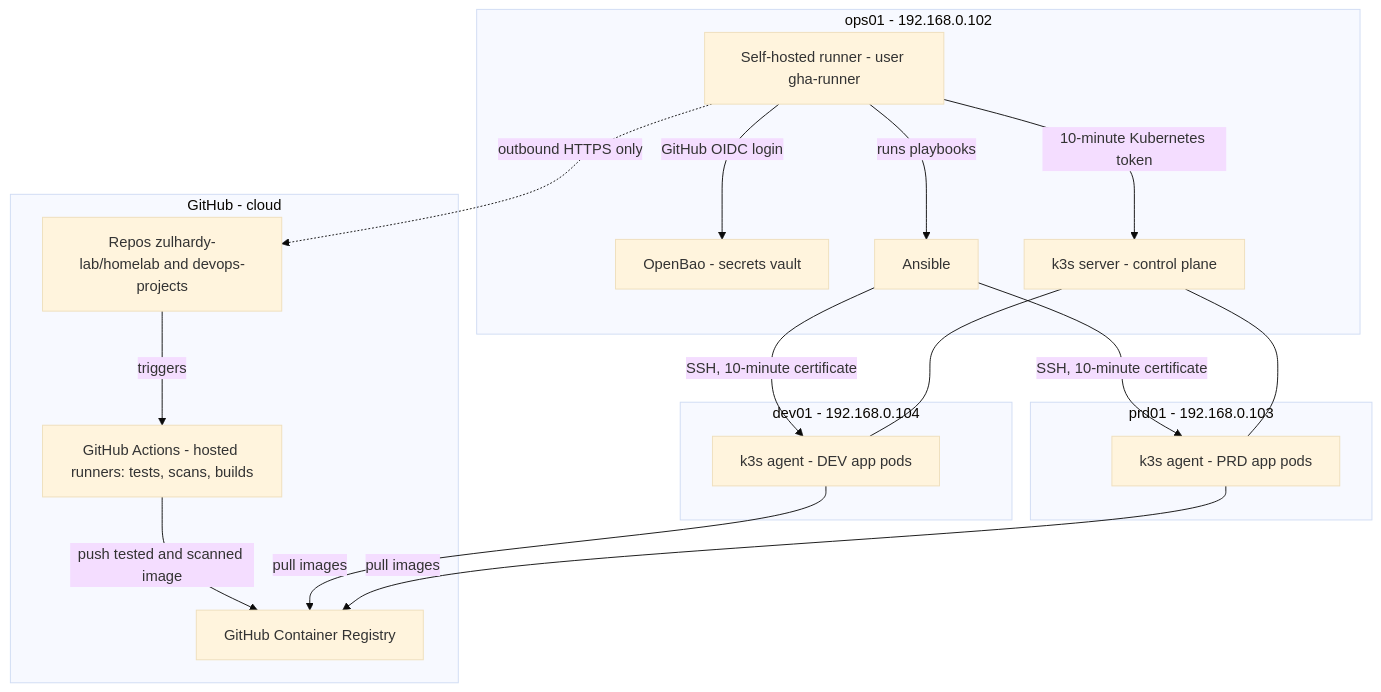
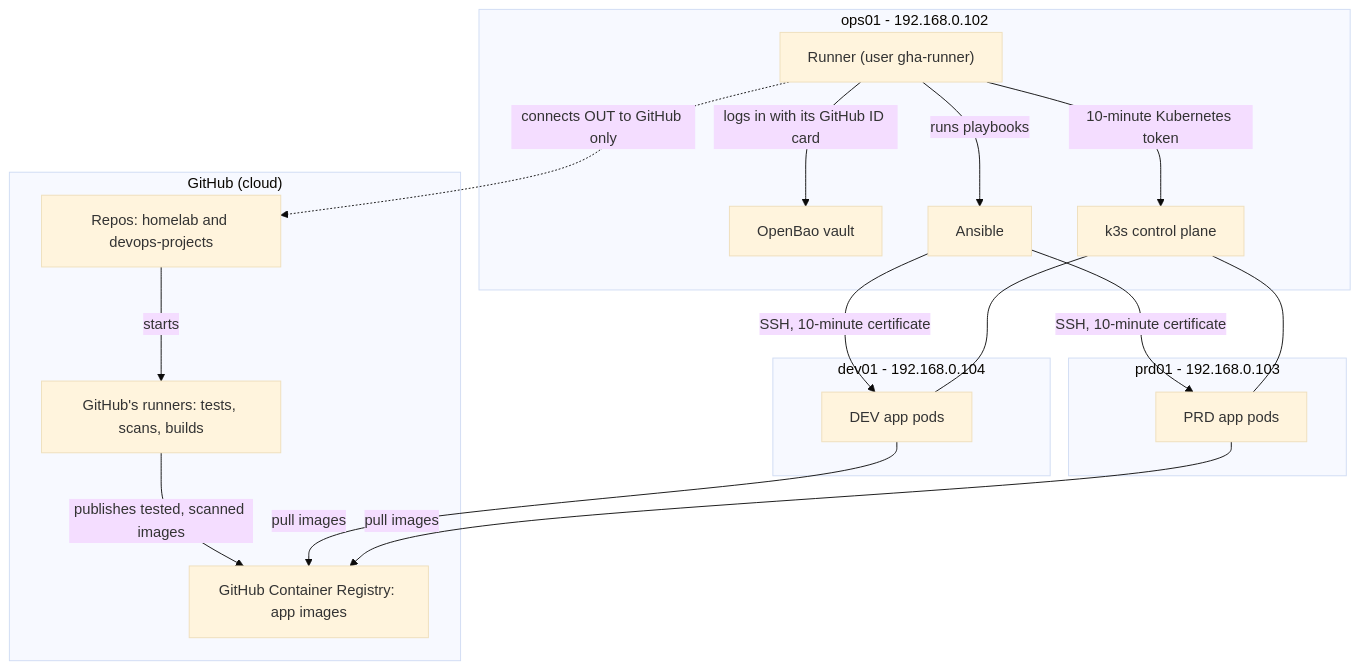
One commit to Zulhardy/homelab changed the first of 2 diagrams in README.md. Above: the diagram before and after it, drawn with Mermaid (base theme). The commit also changed other lines of this file and 3 other files, not shown here.

````diff
--- a/README.md
+++ b/README.md
@@ -35,32 +69,32 @@
 ```mermaid
 flowchart TB
-    subgraph GH["GitHub - cloud"]
-        REPO["Repos zulhardy-lab/homelab and devops-projects"]
-        GHA["GitHub Actions - hosted runners: tests, scans, builds"]
-        GHCR["GitHub Container Registry"]
+    subgraph GH["GitHub (cloud)"]
+        REPO["Repos: homelab and devops-projects"]
+        GHA["GitHub's runners: tests, scans, builds"]
+        GHCR["GitHub Container Registry: app images"]
     end
     subgraph O1["ops01 - 192.168.0.102"]
-        RUN["Self-hosted runner - user gha-runner"]
-        BAO["OpenBao - secrets vault"]
+        RUN["Runner (user gha-runner)"]
+        BAO["OpenBao vault"]
         ANS["Ansible"]
-        K3S["k3s server - control plane"]
+        K3S["k3s control plane"]
     end
     subgraph D1["dev01 - 192.168.0.104"]
-        AGD["k3s agent - DEV app pods"]
+        AGD["DEV app pods"]
     end
     subgraph P1["prd01 - 192.168.0.103"]
-        AGP["k3s agent - PRD app pods"]
+        AGP["PRD app pods"]
     end
-    REPO -->|"triggers"| GHA
-    GHA -->|"push tested and scanned image"| GHCR
-    RUN -.->|"outbound HTTPS only"| REPO
-    RUN -->|"GitHub OIDC login"| BAO
+    REPO -->|"starts"| GHA
+    GHA -->|"publishes tested, scanned images"| GHCR
+    RUN -.->|"connects OUT to GitHub only"| REPO
+    RUN -->|"logs in with its GitHub ID card"| BAO
     RUN -->|"runs playbooks"| ANS
     ANS -->|"SSH, 10-minute certificate"| AGD
     ANS -->|"SSH, 10-minute certificate"| AGP
     RUN -->|"10-minute Kubernetes token"| K3S
     K3S --- AGD
     K3S --- AGP
     AGD -->|"pull images"| GHCR
     AGP -->|"pull images"| GHCR
 ```
````
